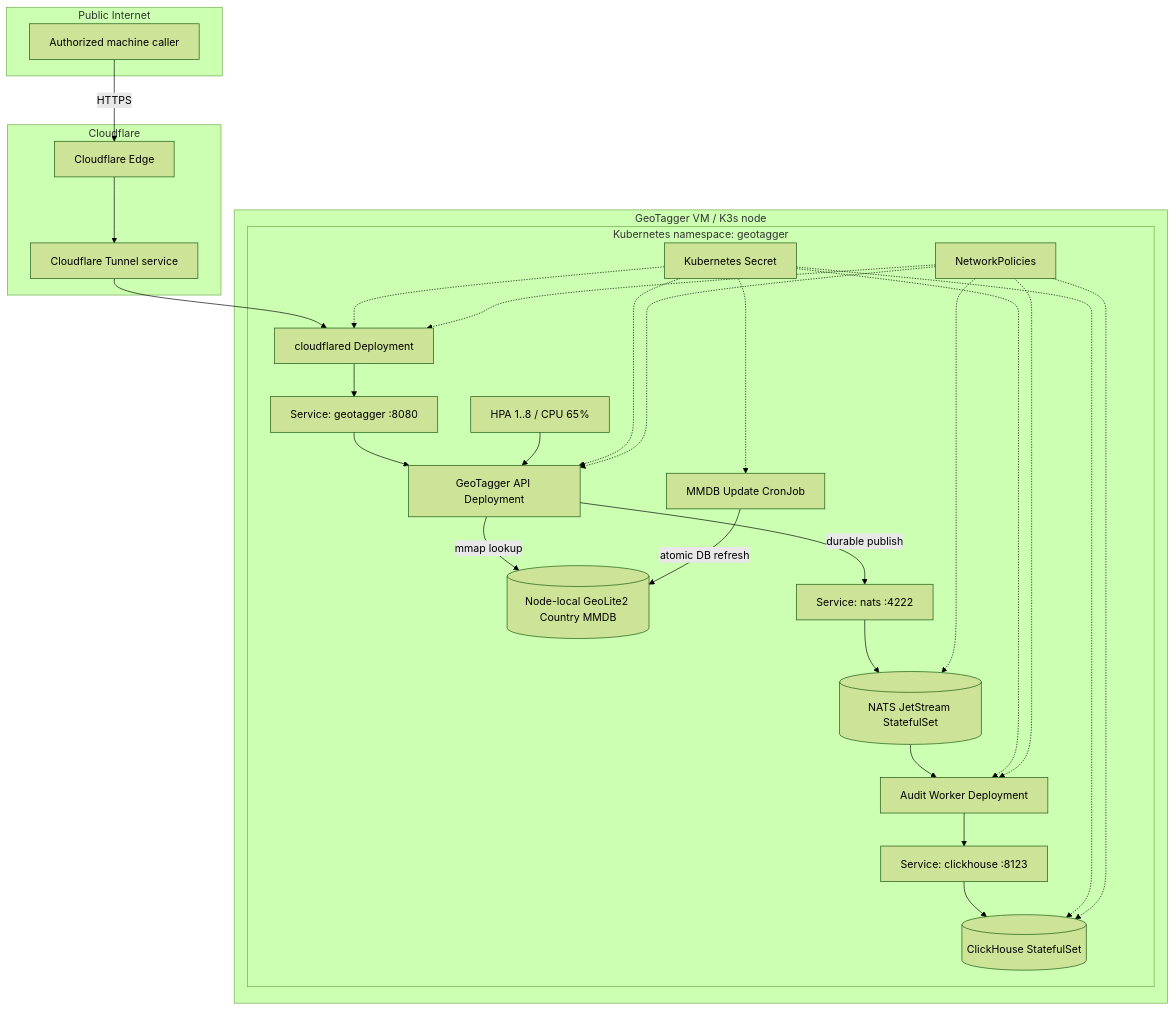
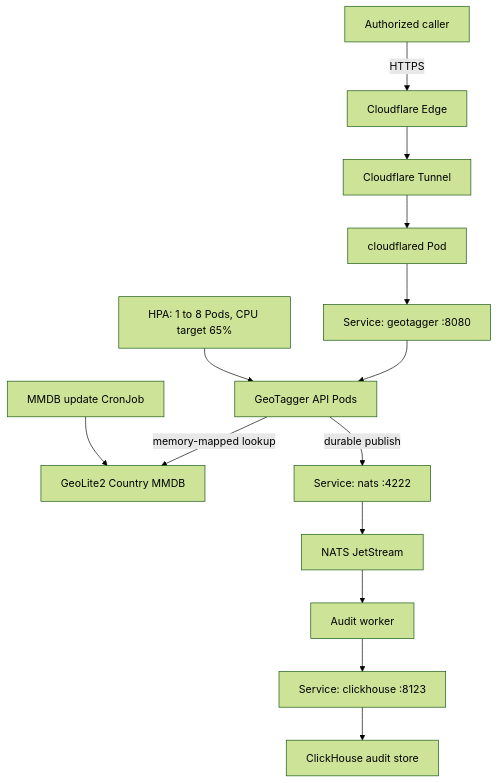
One commit to Jstarzz/geotagger changed the third of 21 diagrams in docs/ARCHITECTURE.md. Above: the diagram before and after it, drawn with Mermaid (forest theme). The commit also changed other lines of this file, not shown here.

Commit message:
docs: replace architecture diagrams with GitHub-safe Mermaid

````diff
--- a/docs/ARCHITECTURE.md
+++ b/docs/ARCHITECTURE.md
@@ -77,53 +55,16 @@
 ```mermaid
 flowchart TB
-    subgraph INTERNET[Public Internet]
-        CALLER[Authorized machine caller]
-    end
-
-    subgraph CF[Cloudflare]
-        EDGE[Cloudflare Edge]
-        TUNNEL[Cloudflare Tunnel service]
-    end
-
-    subgraph VM[GeoTagger VM / K3s node]
-        subgraph NS[Kubernetes namespace: geotagger]
-            CFD[cloudflared Deployment]
-            GSVC[Service: geotagger :8080]
-            HPA[HPA 1..8 / CPU 65%]
-            API[GeoTagger API Deployment]
-            MMDB[(Node-local GeoLite2 Country MMDB)]
-            NSVC[Service: nats :4222]
-            NATS[(NATS JetStream StatefulSet)]
-            WORKER[Audit Worker Deployment]
-            CSVC[Service: clickhouse :8123]
-            CH[(ClickHouse StatefulSet)]
-            CRON[MMDB Update CronJob]
-            SECRETS[Kubernetes Secret]
-            NP[NetworkPolicies]
-        end
-    end
-
-    CALLER -->|HTTPS| EDGE
-    EDGE --> TUNNEL
-    TUNNEL --> CFD
-    CFD --> GSVC
-    GSVC --> API
-    HPA --> API
-    API -->|mmap lookup| MMDB
-    API -->|durable publish| NSVC
-    NSVC --> NATS
-    NATS --> WORKER
-    WORKER --> CSVC
-    CSVC --> CH
-    CRON -->|atomic DB refresh| MMDB
-    SECRETS -.-> API
-    SECRETS -.-> WORKER
-    SECRETS -.-> CFD
-    SECRETS -.-> CH
-    SECRETS -.-> CRON
-    NP -.-> CFD
-    NP -.-> API
-    NP -.-> NATS
-    NP -.-> WORKER
-    NP -.-> CH
+    CALLER["Authorized caller"] -->|"HTTPS"| EDGE["Cloudflare Edge"]
+    EDGE --> TUNNEL["Cloudflare Tunnel"]
+    TUNNEL --> CFD["cloudflared Pod"]
+    CFD --> SVC["Service: geotagger :8080"]
+    SVC --> API["GeoTagger API Pods"]
+    HPA["HPA: 1 to 8 Pods, CPU target 65%"] --> API
+    API -->|"memory-mapped lookup"| MMDB["GeoLite2 Country MMDB"]
+    API -->|"durable publish"| NATSVC["Service: nats :4222"]
+    NATSVC --> NATS["NATS JetStream"]
+    NATS --> WORKER["Audit worker"]
+    WORKER --> CHSVC["Service: clickhouse :8123"]
+    CHSVC --> CH["ClickHouse audit store"]
+    CRON["MMDB update CronJob"] --> MMDB
 ```
````
